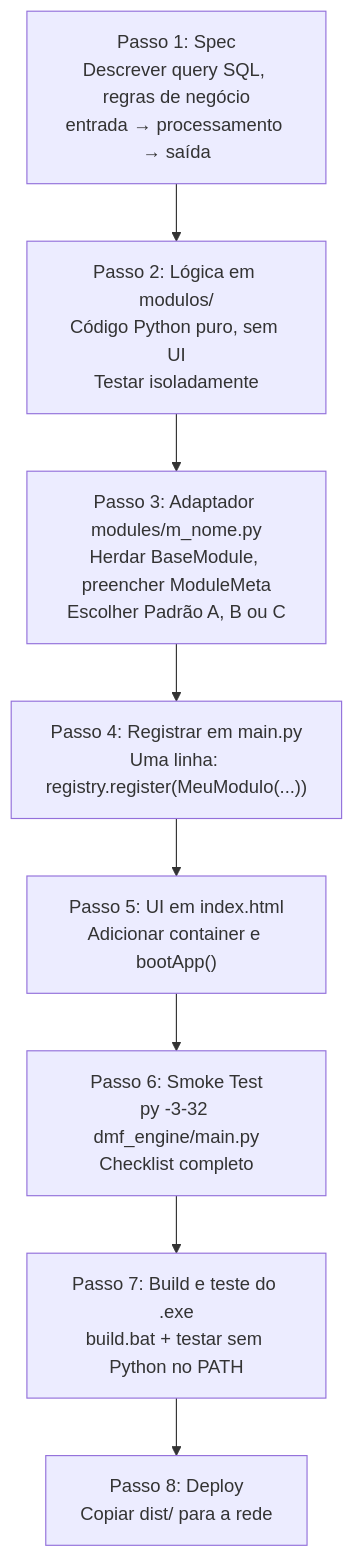
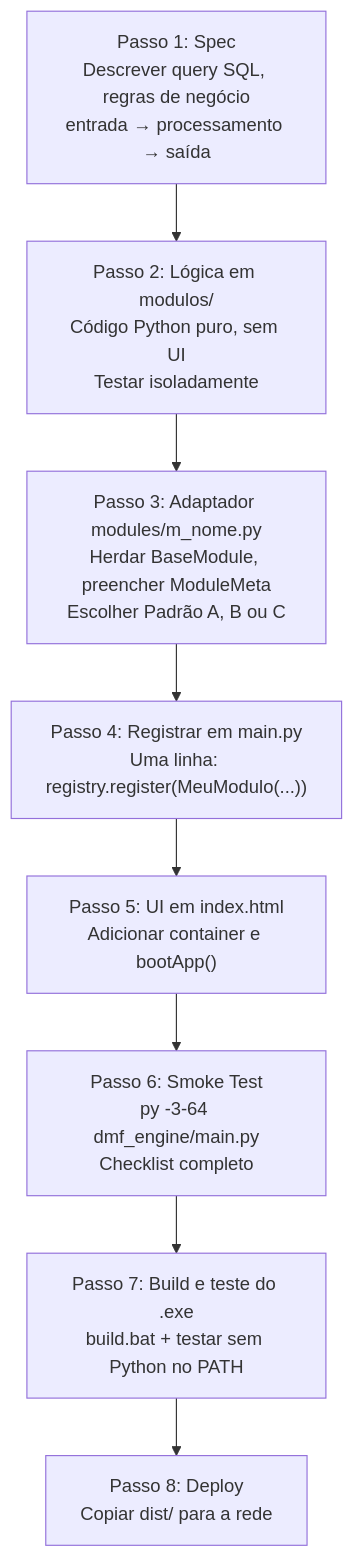
The diagram in docs/onboarding.md (cors4rio/dmf-data-engine), drawn with Mermaid before and after one commit. The commit also changed other lines of this file and 30 other files, not shown here.

````diff
--- a/docs/onboarding.md
+++ b/docs/onboarding.md
@@ -211,13 +204,13 @@
 ```mermaid
 flowchart TD
     SPEC["Passo 1: Spec\nDescrever query SQL, regras de negócio\nentrada → processamento → saída"]
     MOD["Passo 2: Lógica em modulos/\nCódigo Python puro, sem UI\nTestar isoladamente"]
     ADAPT["Passo 3: Adaptador modules/m_nome.py\nHerdar BaseModule, preencher ModuleMeta\nEscolher Padrão A, B ou C"]
     REG["Passo 4: Registrar em main.py\nUma linha: registry.register(MeuModulo(...))"]
     UI["Passo 5: UI em index.html\nAdicionar container e bootApp()"]
-    SMOKE["Passo 6: Smoke Test\npy -3-32 dmf_engine/main.py\nChecklist completo"]
+    SMOKE["Passo 6: Smoke Test\npy -3-64 dmf_engine/main.py\nChecklist completo"]
     BUILD["Passo 7: Build e teste do .exe\nbuild.bat + testar sem Python no PATH"]
     DEPLOY["Passo 8: Deploy\nCopiar dist/ para a rede"]
 
     SPEC --> MOD --> ADAPT --> REG --> UI --> SMOKE --> BUILD --> DEPLOY
 ```
````
